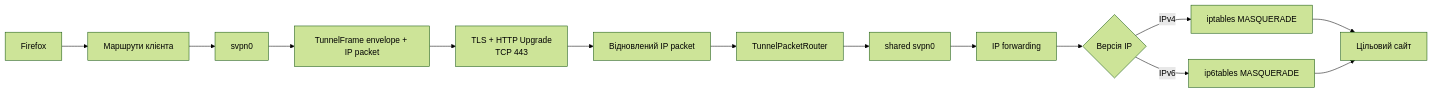
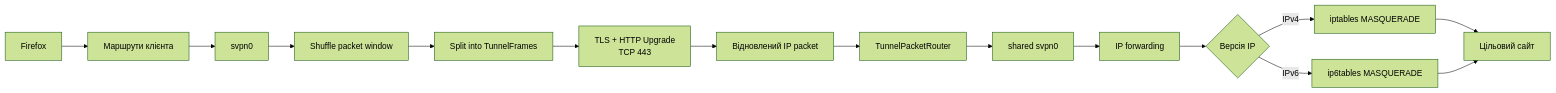
The fifth of 7 diagrams in ARCHITECTURE.md (podkolzzzin/VPNSample), drawn with Mermaid (forest theme) before and after one commit. The commit also changed other lines of this file and 18 other files, not shown here.

Commit message:
Add packet shuffling and frame splitting

````diff
--- a/ARCHITECTURE.md
+++ b/ARCHITECTURE.md
@@ -176,16 +182,17 @@
 ```mermaid
 flowchart LR
     Browser[Firefox] --> CRoute[Маршрути клієнта]
     CRoute --> ClientTun[svpn0]
-    ClientTun --> Frame[TunnelFrame envelope + IP packet]
+    ClientTun --> Shuffle[Shuffle packet window]
+    Shuffle --> Frame[Split into TunnelFrames]
     Frame --> HTTPS[TLS + HTTP Upgrade<br/>TCP 443]
     HTTPS --> Unframe[Відновлений IP packet]
     Unframe --> Router[TunnelPacketRouter]
     Router --> ServerTun[shared svpn0]
     ServerTun --> Forward[IP forwarding]
     Forward --> Choice{Версія IP}
     Choice -->|IPv4| NAT44[iptables MASQUERADE]
     Choice -->|IPv6| NAT66[ip6tables MASQUERADE]
     NAT44 --> Web[Цільовий сайт]
     NAT66 --> Web
 ```
````
